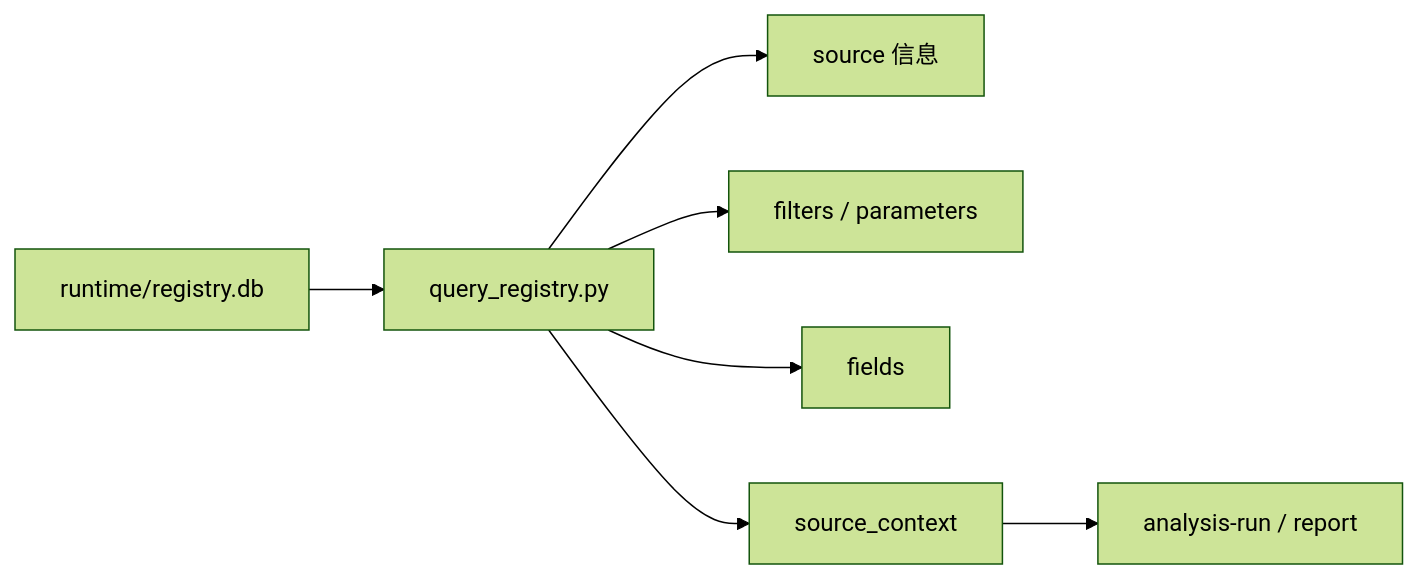
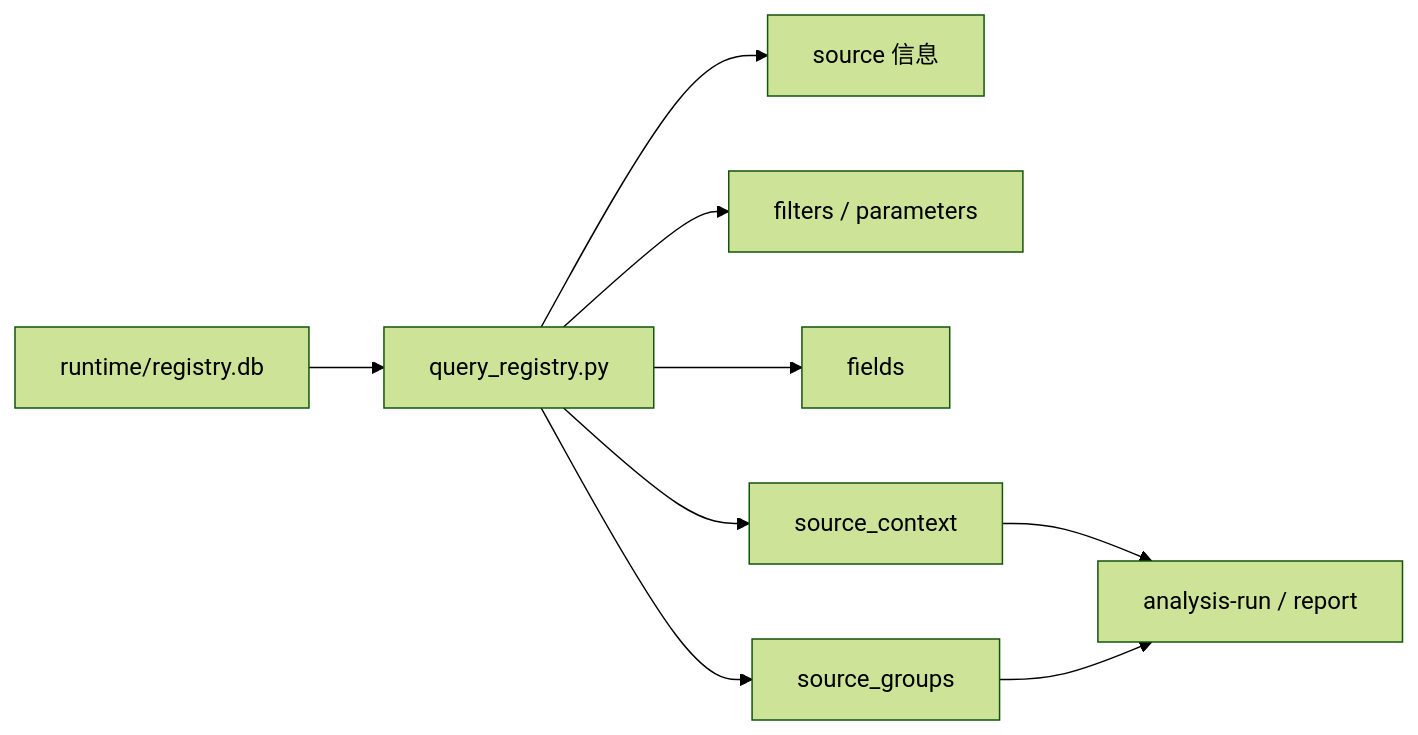
Before and after one commit to dabaige53/RealAnalyst: the diagram in runtime/tableau/README.md, drawn with Mermaid (forest theme). The commit also changed other lines of this file and 62 other files, not shown here.

````diff
--- a/runtime/tableau/README.md
+++ b/runtime/tableau/README.md
@@ -22,9 +22,11 @@
 ```mermaid
 flowchart LR
     Reg[runtime/registry.db] --> QR[query_registry.py]
     QR --> Source[source 信息]
     QR --> Filter[filters / parameters]
     QR --> Fields[fields]
     QR --> Context[source_context]
+    QR --> Groups[source_groups]
     Context --> Analysis[analysis-run / report]
+    Groups --> Analysis
 ```
````
